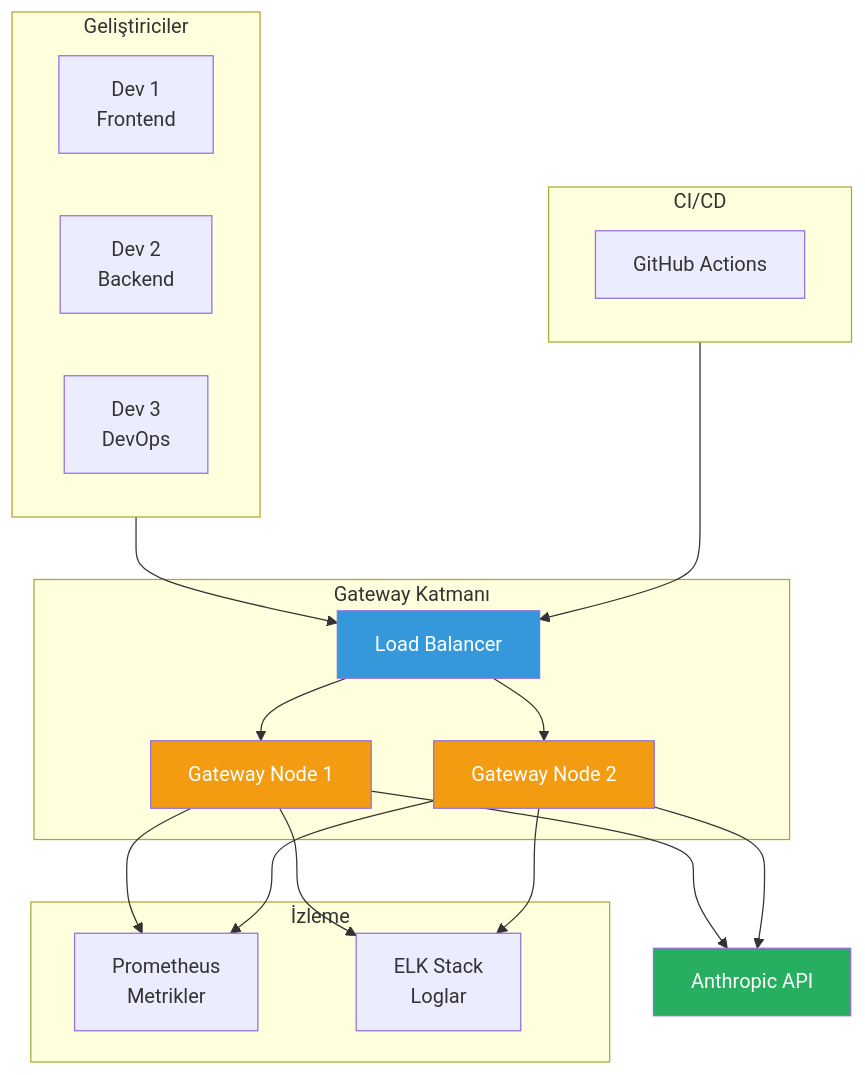
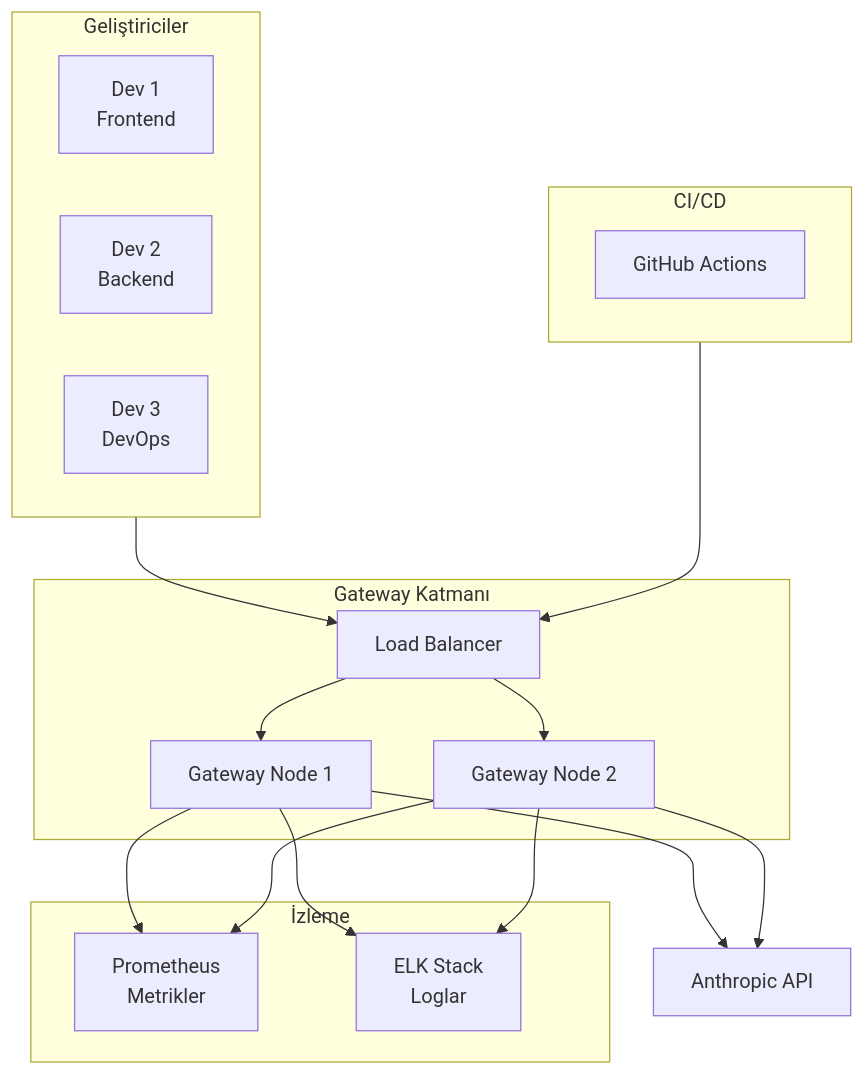
One commit to IzzetYasinAtes/ClaudeCodeHandbook changed the sixth of 6 diagrams in 18-kurumsal-kullanim/05-llm-gateway.md. Above: the diagram before and after it, drawn with Mermaid. The commit also changed other lines of this file and 97 other files, not shown here.

Commit message:
Remove all custom Mermaid style/fill colors from 98 markdown files for consistent dark theme rendering

````diff
--- a/18-kurumsal-kullanim/05-llm-gateway.md
+++ b/18-kurumsal-kullanim/05-llm-gateway.md
@@ -235,41 +216,37 @@
 ```mermaid
 flowchart TD
     subgraph devs ["Geliştiriciler"]
         D1["Dev 1<br/>Frontend"]
         D2["Dev 2<br/>Backend"]
         D3["Dev 3<br/>DevOps"]
     end
 
     subgraph cicd ["CI/CD"]
         CI["GitHub Actions"]
     end
 
     subgraph gateway_layer ["Gateway Katmanı"]
         LB["Load Balancer"]
         GW1["Gateway Node 1"]
         GW2["Gateway Node 2"]
     end
 
     subgraph monitoring ["İzleme"]
         METRICS["Prometheus<br/>Metrikler"]
         LOGS["ELK Stack<br/>Loglar"]
     end
 
     devs --> LB
     cicd --> LB
     LB --> GW1
     LB --> GW2
 
     GW1 --> ANTHROPIC["Anthropic API"]
     GW2 --> ANTHROPIC
 
     GW1 --> METRICS
     GW2 --> METRICS
     GW1 --> LOGS
     GW2 --> LOGS
 
-    style LB fill:#3498DB,color:#fff
-    style GW1 fill:#F39C12,color:#fff
-    style GW2 fill:#F39C12,color:#fff
-    style ANTHROPIC fill:#27AE60,color:#fff
 ```
````
